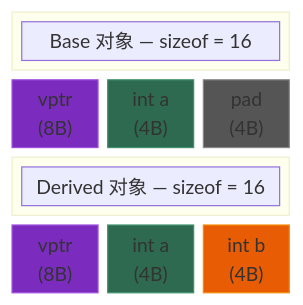
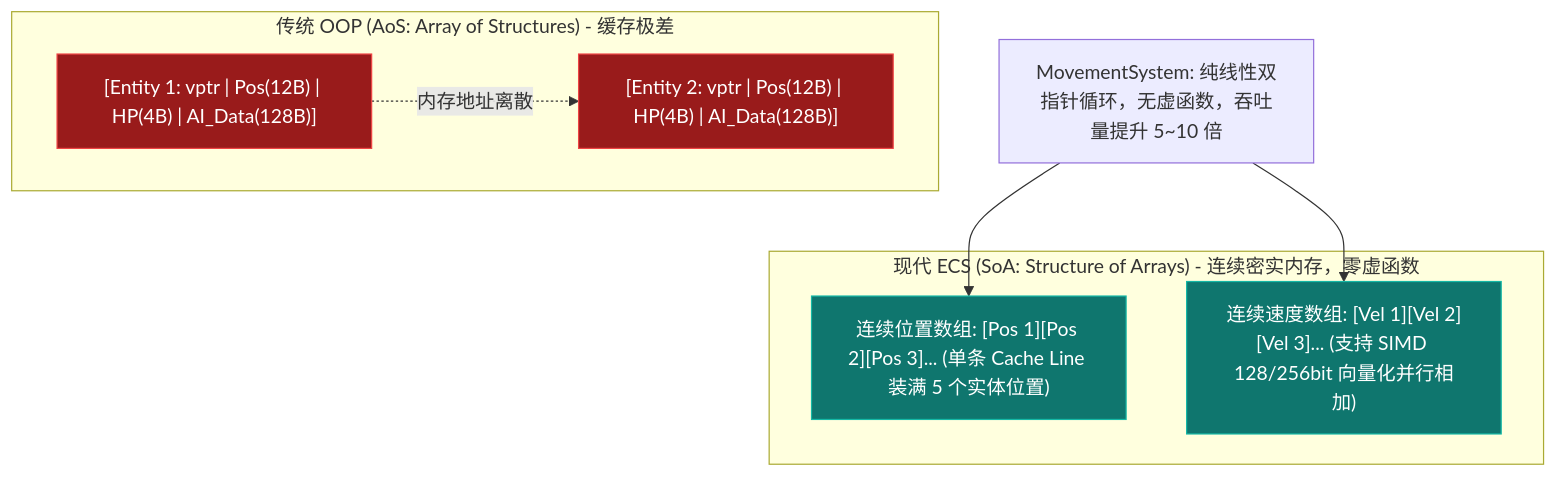
Before and after one commit to Lumivers/firefly: the second of 2 diagrams in src/content/posts/cpp_deep_dive/03_oop_and_polymorphism.md, drawn with Mermaid. The commit also changed other lines of this file and 18 other files, not shown here.

````diff
--- a/src/content/posts/cpp_deep_dive/03_oop_and_polymorphism.md
+++ b/src/content/posts/cpp_deep_dive/03_oop_and_polymorphism.md
@@ -102,22 +187,21 @@
 ```mermaid
-block-beta
-    columns 3
-    block:title_b:3
-        columns 1
-        tb["Base 对象 — sizeof = 16"]
+graph TD
+    subgraph "传统 OOP (AoS: Array of Structures) - 缓存极差"
+        Obj1["[Entity 1: vptr | Pos(12B) | HP(4B) | AI_Data(128B)]"]
+        Obj2["[Entity 2: vptr | Pos(12B) | HP(4B) | AI_Data(128B)]"]
+        Obj1 -.->|"内存地址离散"| Obj2
     end
-    bvptr["vptr\n(8B)"] ba["int a\n(4B)"] bpad["pad\n(4B)"]
 
-    block:title_d:3
-        columns 1
-        td["Derived 对象 — sizeof = 16"]
+    subgraph "现代 ECS (SoA: Structure of Arrays) - 连续密实内存，零虚函数"
+        PosArray["连续位置数组: [Pos 1][Pos 2][Pos 3]... (单条 Cache Line 装满 5 个实体位置)"]
+        VelArray["连续速度数组: [Vel 1][Vel 2][Vel 3]... (支持 SIMD 128/256bit 向量化并行相加)"]
     end
-    dvptr["vptr\n(8B)"] da["int a\n(4B)"] db["int b\n(4B)"]
 
-    style bvptr fill:#7b2cbf,stroke:#9d4edd,color:white
-    style dvptr fill:#7b2cbf,stroke:#9d4edd,color:white
-    style ba fill:#2d6a4f,stroke:#40916c,color:white
-    style da fill:#2d6a4f,stroke:#40916c,color:white
-    style db fill:#e85d04,stroke:#f48c06,color:white
-    style bpad fill:#555,stroke:#888,color:#aaa
+    System["MovementSystem: 纯线性双指针循环，无虚函数，吞吐量提升 5~10 倍"] --> PosArray
+    System --> VelArray
+
+    style PosArray fill:#0f766e,stroke:#14b8a6,color:white
+    style VelArray fill:#0f766e,stroke:#14b8a6,color:white
+    style Obj1 fill:#991b1b,stroke:#ef4444,color:white
+    style Obj2 fill:#991b1b,stroke:#ef4444,color:white
 ```
````
